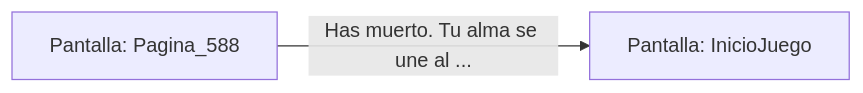
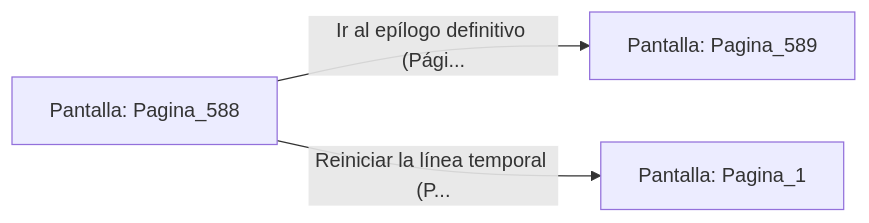
One commit to metsuke/mpl changed the diagram in sample/eligejuego-vault/Pantalla_Pagina_588.md. Above: the diagram before and after it, drawn with Mermaid. The commit also changed other lines of this file and 635 other files, not shown here.

First line of the commit message:
fix: añadir Pagina_1 como pantalla inicial en capitulo_01.mpl

````diff
--- a/sample/eligejuego-vault/Pantalla_Pagina_588.md
+++ b/sample/eligejuego-vault/Pantalla_Pagina_588.md
@@ -17,5 +22,6 @@
 ```mermaid
 graph LR
     P_Pagina_588["Pantalla: Pagina_588"]
-    P_Pagina_588 -->|"Has muerto. Tu alma se une al ..."| P_InicioJuego["Pantalla: InicioJuego"]
+    P_Pagina_588 -->|"Ir al epílogo definitivo (Pági..."| P_Pagina_589["Pantalla: Pagina_589"]
+    P_Pagina_588 -->|"Reiniciar la línea temporal (P..."| P_Pagina_1["Pantalla: Pagina_1"]
 ```
````
